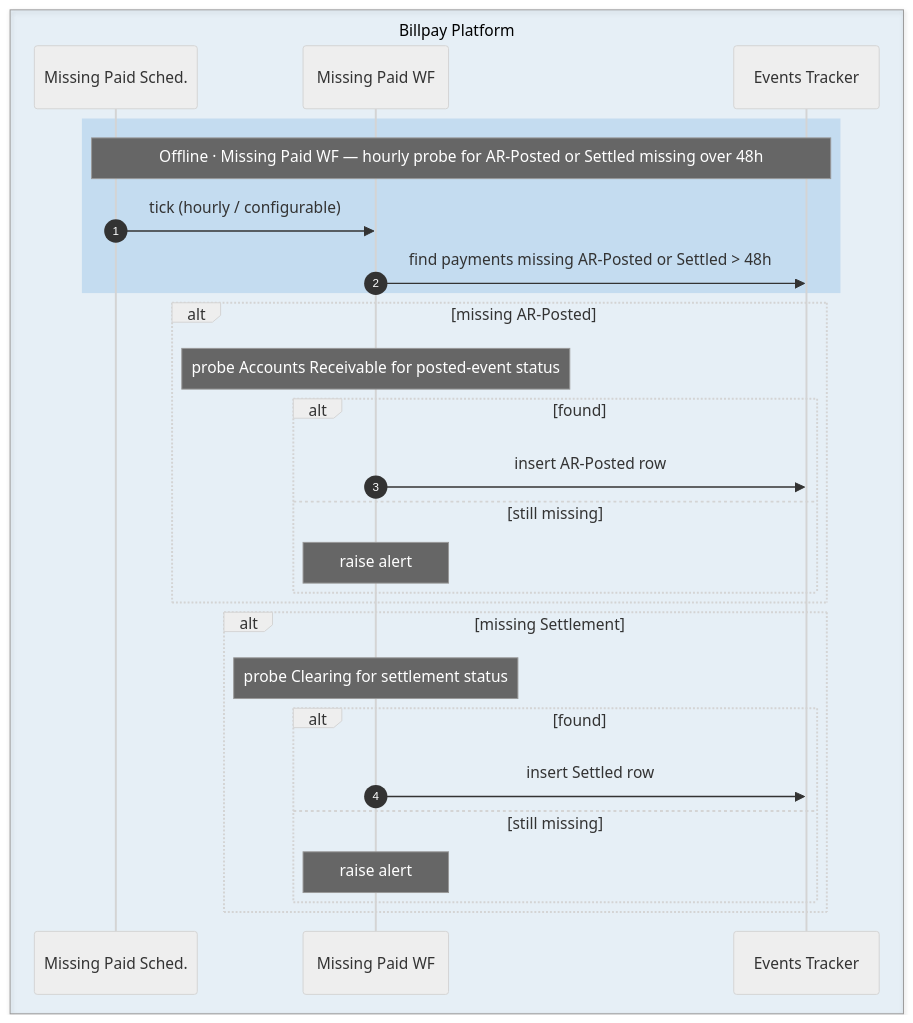
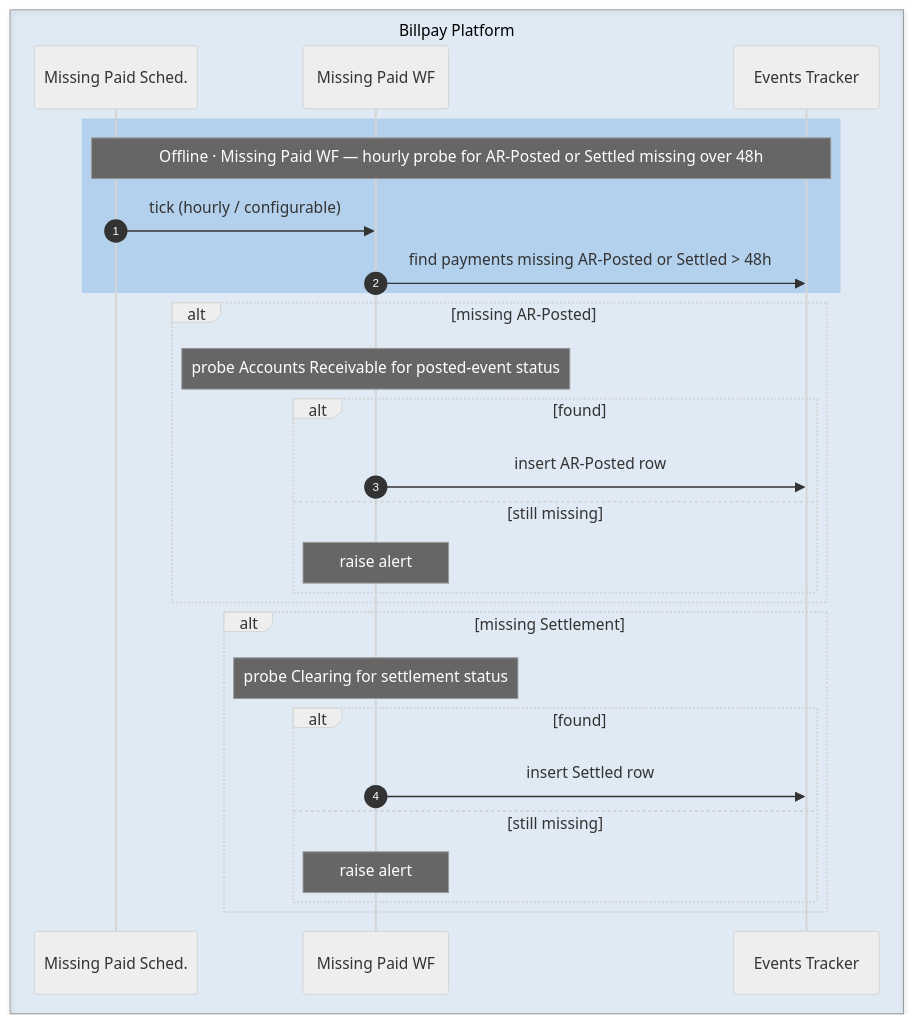
One commit to arunav-bhattacharya/billpay-book changed diagram 11 of 12 in website/docs/design/diagrams/sequence-diagram.md. Above: the diagram before and after it, drawn with Mermaid (neutral theme). The commit also changed other lines of this file and 4 other files, not shown here.

First line of the commit message:
Polish: system-map depth ramp + brighter sequence-diagram palette

````diff
--- a/website/docs/design/diagrams/sequence-diagram.md
+++ b/website/docs/design/diagrams/sequence-diagram.md
@@ -700,33 +700,33 @@
 ```mermaid
 sequenceDiagram
   autonumber
 
-  box rgba(0,111,207,0.08) Billpay Platform
+  box rgba(1,111,208,0.1) Billpay Platform
     participant SCH as Missing Paid Sched.
     participant MPE as Missing Paid WF
     participant TRK as Events Tracker
   end
 
-  rect rgba(0,111,207,0.15)
+  rect rgba(1,111,208,0.2)
     Note over SCH,TRK: Offline · Missing Paid WF — hourly probe for AR-Posted or Settled missing over 48h
     SCH->>MPE: tick (hourly / configurable)
     MPE->>TRK: find payments missing AR-Posted or Settled > 48h
   end
 
   alt missing AR-Posted
     Note over MPE: probe Accounts Receivable for posted-event status
     alt found
       MPE->>TRK: insert AR-Posted row
     else still missing
       Note over MPE: raise alert
     end
   end
   alt missing Settlement
     Note over MPE: probe Clearing for settlement status
     alt found
       MPE->>TRK: insert Settled row
     else still missing
       Note over MPE: raise alert
     end
   end
 ```
````
